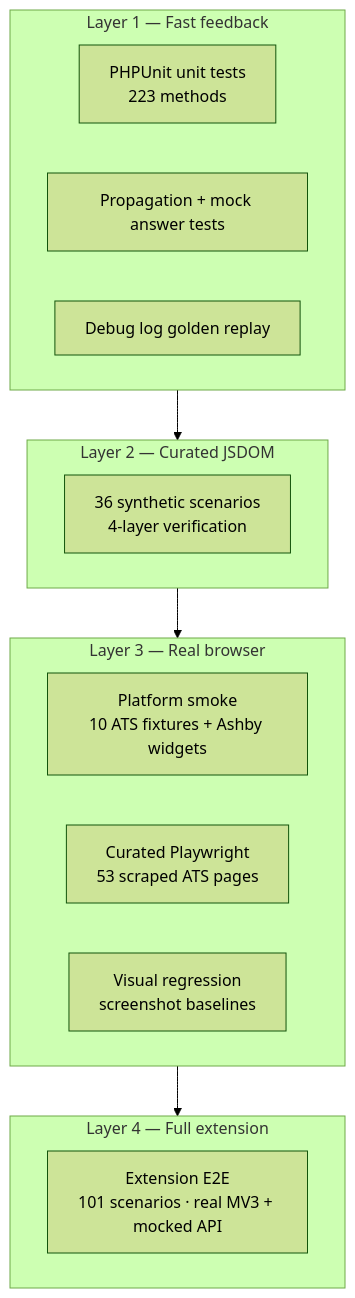
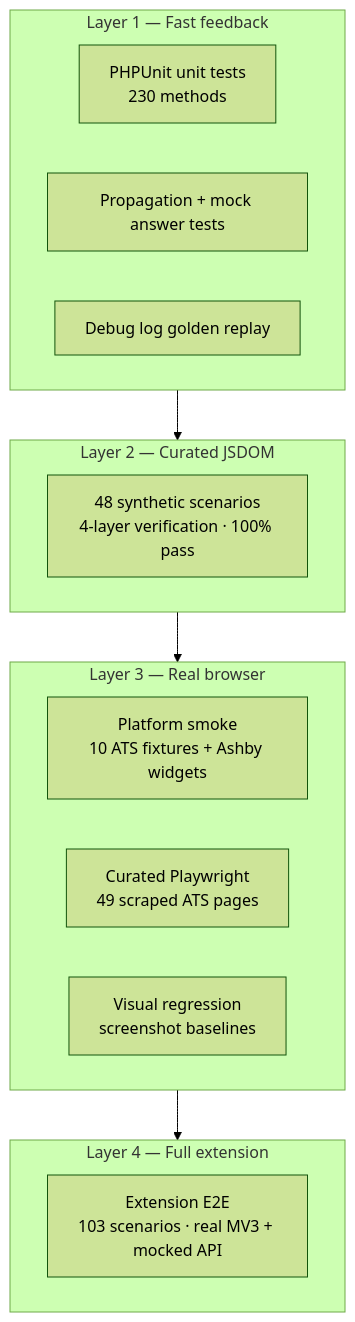
One commit to tmwclaxton/autoapplycv changed the third of 3 diagrams in README.md. Above: the diagram before and after it, drawn with Mermaid (forest theme). The commit also changed other lines of this file, not shown here.

````diff
--- a/README.md
+++ b/README.md
@@ -286,24 +286,24 @@
 ```mermaid
 flowchart TB
     subgraph L1["Layer 1 — Fast feedback"]
-        U["PHPUnit unit tests<br/>223 methods"]
+        U["PHPUnit unit tests<br/>230 methods"]
         P["Propagation + mock answer tests"]
         D["Debug log golden replay"]
     end
 
     subgraph L2["Layer 2 — Curated JSDOM"]
-        J["36 synthetic scenarios<br/>4-layer verification"]
+        J["48 synthetic scenarios<br/>4-layer verification · 100% pass"]
     end
 
     subgraph L3["Layer 3 — Real browser"]
         S["Platform smoke<br/>10 ATS fixtures + Ashby widgets"]
-        PW["Curated Playwright<br/>53 scraped ATS pages"]
+        PW["Curated Playwright<br/>49 scraped ATS pages"]
         VR["Visual regression<br/>screenshot baselines"]
     end
 
     subgraph L4["Layer 4 — Full extension"]
-        E2E["Extension E2E<br/>101 scenarios · real MV3 + mocked API"]
+        E2E["Extension E2E<br/>103 scenarios · real MV3 + mocked API"]
     end
 
     L1 --> L2 --> L3 --> L4
 ```
````
